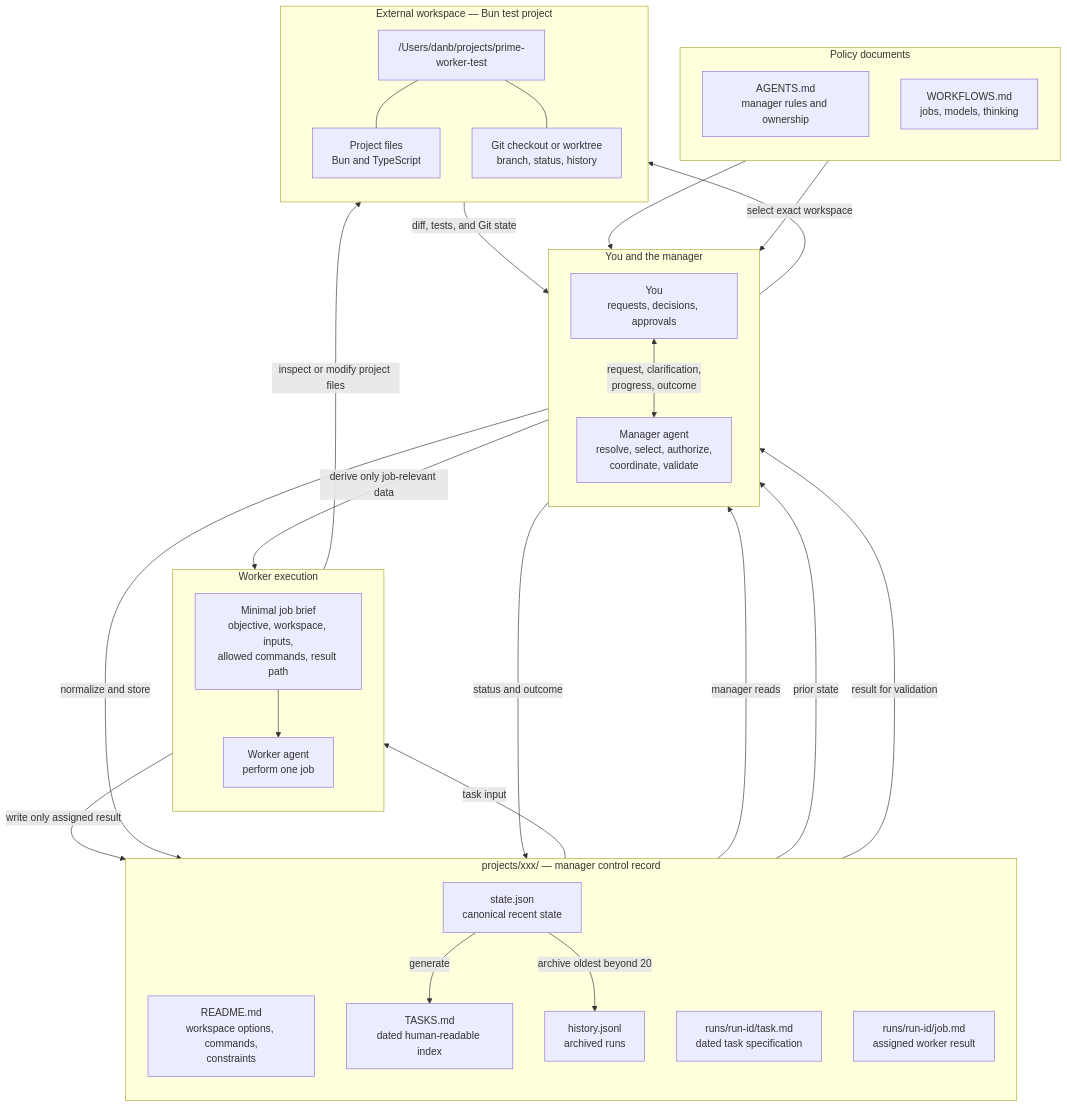
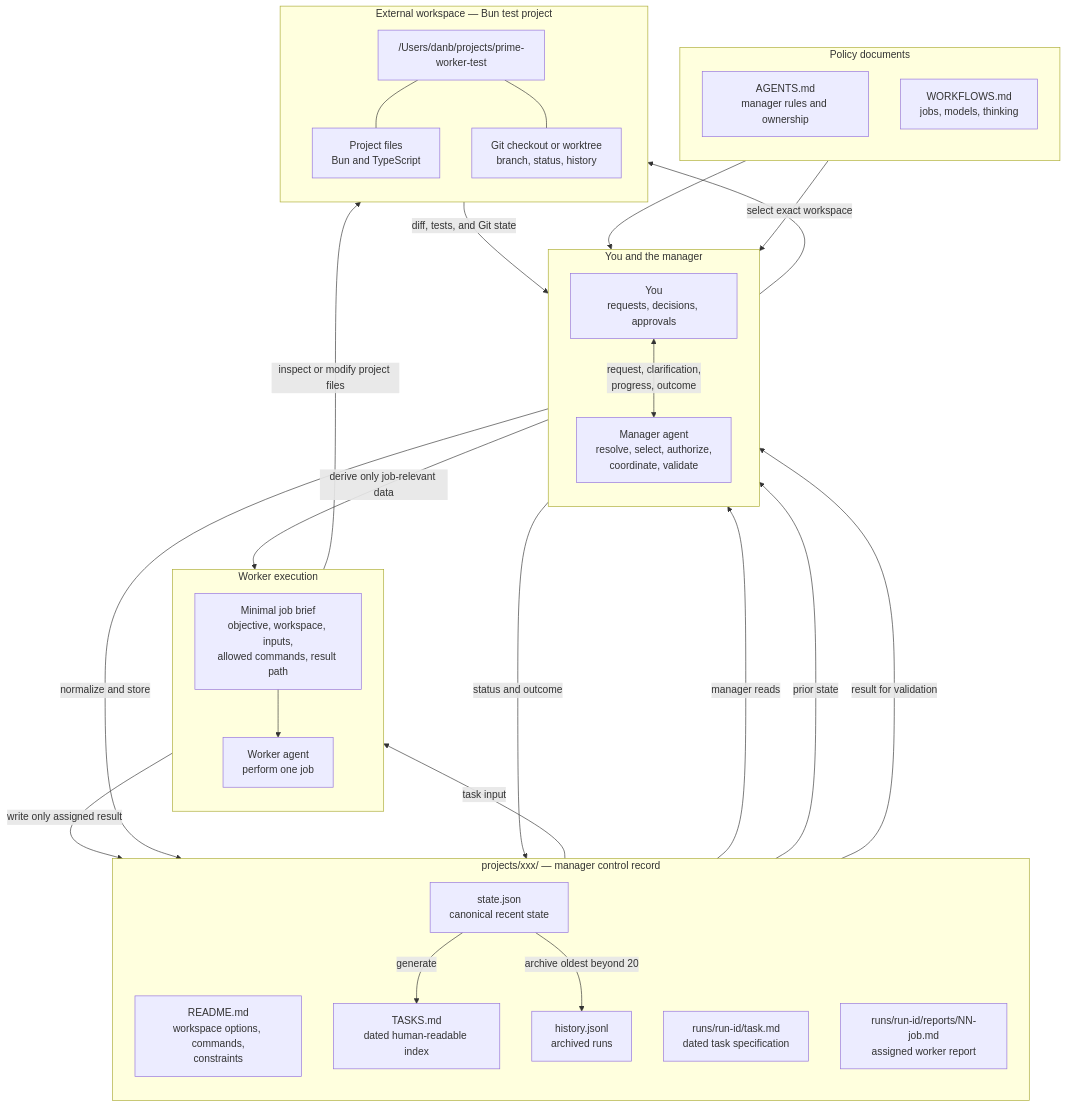
The diagram in docs/ARCHITECTURE.md (danielbush/pi-worker-agent), drawn with Mermaid before and after one commit. The commit also changed other lines of this file and 4 other files, not shown here.

````diff
--- a/docs/ARCHITECTURE.md
+++ b/docs/ARCHITECTURE.md
@@ -10,61 +10,61 @@
 ```mermaid
 flowchart TB
     subgraph POLICY["Policy documents"]
         direction TB
         AG[AGENTS.md<br/>manager rules and ownership]
         WF[WORKFLOWS.md<br/>jobs, models, thinking]
     end
 
     subgraph INTERACTION["You and the manager"]
         direction TB
         U[You<br/>requests, decisions, approvals]
         M[Manager agent<br/>resolve, select, authorize,<br/>coordinate, validate]
         U <-->|request, clarification,<br/>progress, outcome| M
     end
 
     subgraph CONTROL["projects/xxx/ — manager control record"]
         direction TB
         PC[README.md<br/>workspace options, commands,<br/>constraints]
         ST[state.json<br/>canonical recent state]
         TL[TASKS.md<br/>dated human-readable index]
         HI[history.jsonl<br/>archived runs]
         T[runs/run-id/task.md<br/>dated task specification]
-        JR[runs/run-id/job.md<br/>assigned worker result]
+        JR[runs/run-id/reports/NN-job.md<br/>assigned worker report]
 
         ST -->|generate| TL
         ST -->|archive oldest beyond 20| HI
     end
 
     subgraph EXECUTION["Worker execution"]
         direction TB
         B[Minimal job brief<br/>objective, workspace, inputs,<br/>allowed commands, result path]
         A[Worker agent<br/>perform one job]
         B --> A
     end
 
     subgraph WORKSPACE["External workspace — Bun test project"]
         direction TB
         WP["/Users/danb/projects/prime-worker-test"]
         FILES[Project files<br/>Bun and TypeScript]
         GIT[Git checkout or worktree<br/>branch, status, history]
         WP --- FILES
         WP --- GIT
     end
 
     AG --> M
     WF --> M
     PC -->|manager reads| M
     ST -->|prior state| M
 
     M -->|normalize and store| T
     M -->|derive only job-relevant data| B
     T -->|task input| B
     M -->|select exact workspace| WP
 
     A -->|inspect or modify project files| WP
     A -->|write only assigned result| JR
     JR -->|result for validation| M
     WP -->|diff, tests, and Git state| M
 
     M -->|status and outcome| ST
 ```
````
